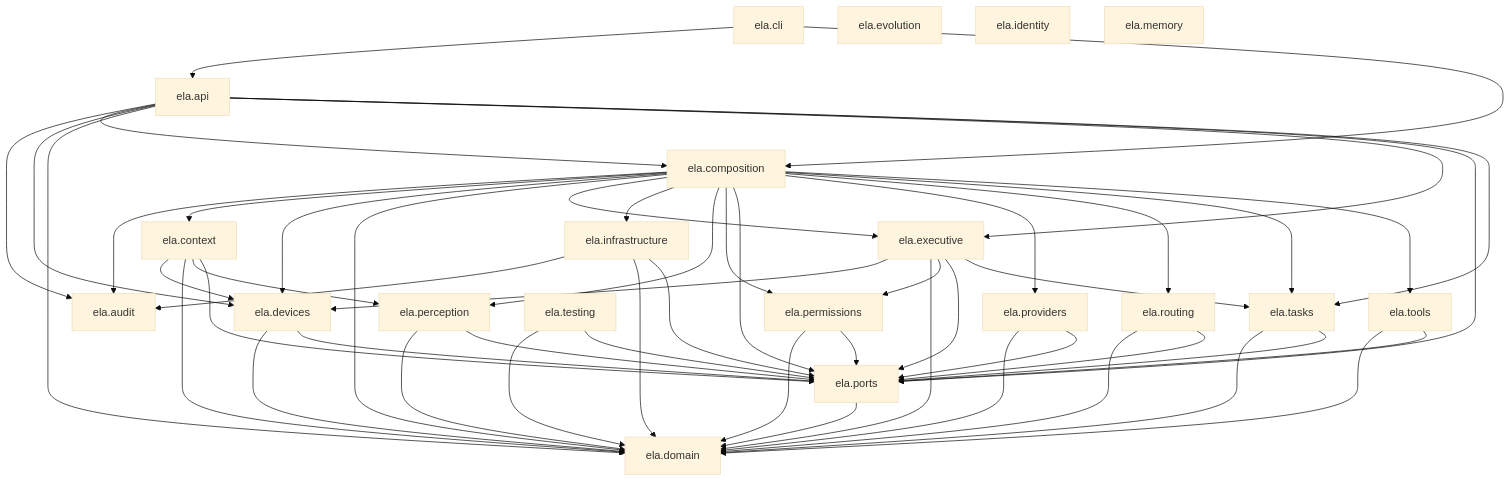
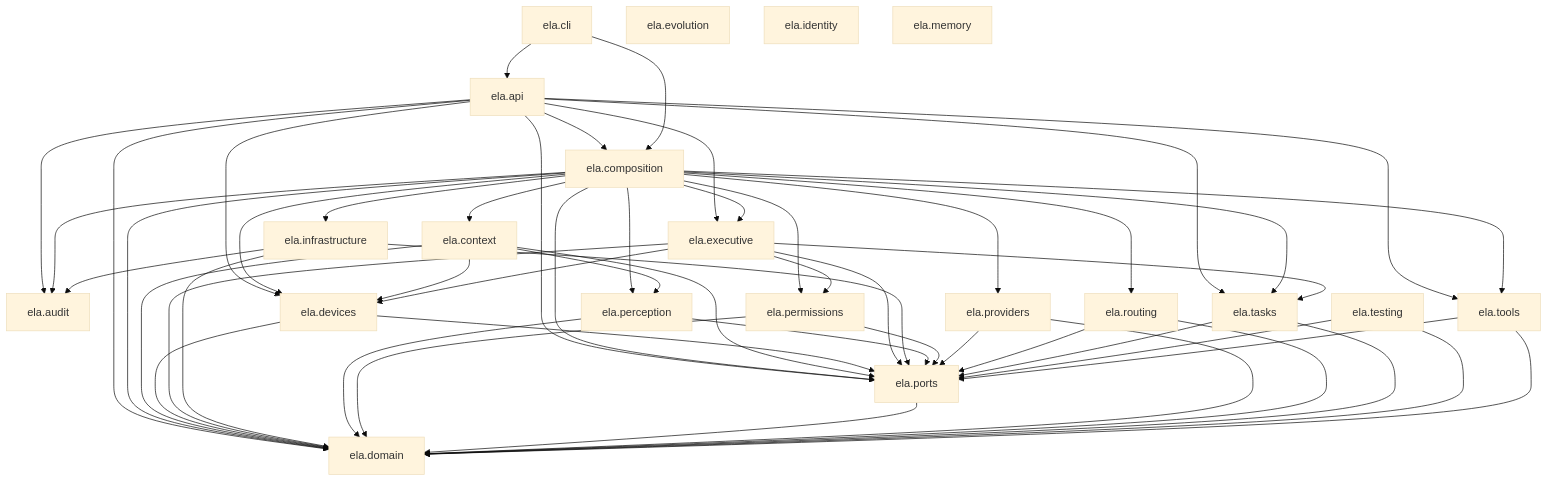
The first of 2 diagrams in docs/ARCHITECTURE.md (silvitommaso10-spec/ELA), drawn with Mermaid (base theme) before and after one commit. The commit also changed 44 other files, not shown here.

````diff
--- a/docs/ARCHITECTURE.md
+++ b/docs/ARCHITECTURE.md
@@ -36,74 +36,75 @@
 ```mermaid
 graph TD
     api[ela.api]
     audit[ela.audit]
     cli[ela.cli]
     composition[ela.composition]
     context[ela.context]
     devices[ela.devices]
     domain[ela.domain]
     evolution[ela.evolution]
     executive[ela.executive]
     identity[ela.identity]
     infrastructure[ela.infrastructure]
     memory[ela.memory]
     perception[ela.perception]
     permissions[ela.permissions]
     ports[ela.ports]
     providers[ela.providers]
     routing[ela.routing]
     tasks[ela.tasks]
     testing[ela.testing]
     tools[ela.tools]
     api --> audit
     api --> composition
     api --> devices
     api --> domain
     api --> executive
     api --> ports
     api --> tasks
+    api --> tools
     cli --> api
     cli --> composition
     composition --> audit
     composition --> context
     composition --> devices
     composition --> domain
     composition --> executive
     composition --> infrastructure
     composition --> perception
     composition --> permissions
     composition --> ports
     composition --> providers
     composition --> routing
     composition --> tasks
     composition --> tools
     context --> devices
     context --> domain
     context --> perception
     context --> ports
     devices --> domain
     devices --> ports
     executive --> devices
     executive --> domain
     executive --> permissions
     executive --> ports
     executive --> tasks
     infrastructure --> audit
     infrastructure --> domain
     infrastructure --> ports
     perception --> domain
     perception --> ports
     permissions --> domain
     permissions --> ports
     ports --> domain
     providers --> domain
     providers --> ports
     routing --> domain
     routing --> ports
     tasks --> domain
     tasks --> ports
     testing --> domain
     testing --> ports
     tools --> domain
     tools --> ports
 ```
````
